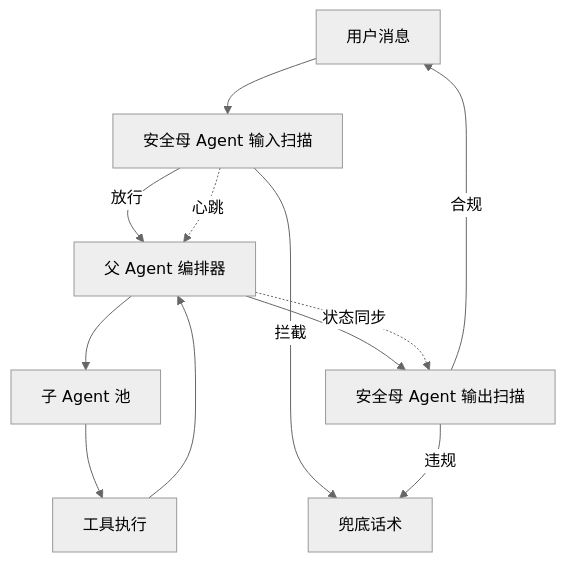
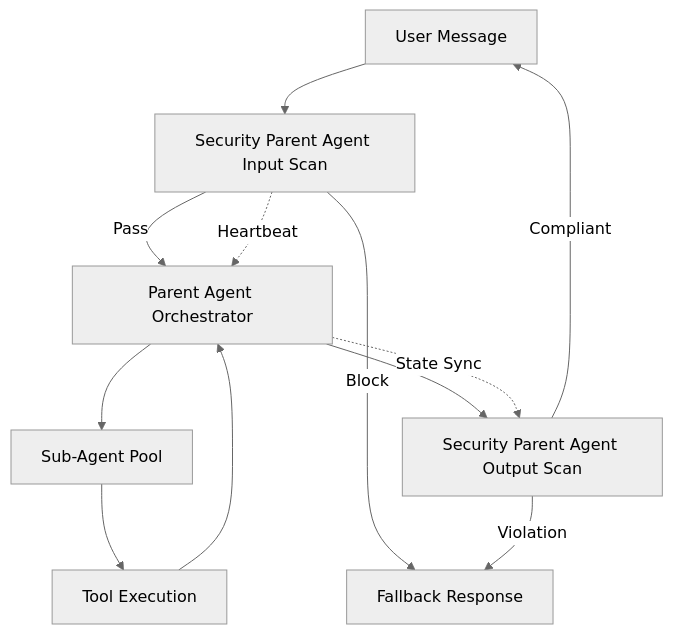
One commit to leobinjones-art/ColoBot changed the diagram in README.md. Above: the diagram before and after it, drawn with Mermaid (neutral theme). The commit also changed other lines of this file and 1 other file, not shown here.

````diff
--- a/README.md
+++ b/README.md
@@ -160,14 +160,14 @@
 ```mermaid
 graph TD
-    User[用户消息] --> SentinelIn[安全母 Agent 输入扫描]
-    SentinelIn -->|放行| Parent[父 Agent 编排器]
-    SentinelIn -->|拦截| Fallback[兜底话术]
-    Parent --> SubPool[子 Agent 池]
-    SubPool --> Tool[工具执行]
+    User[User Message] --> SentinelIn[Security Parent Agent Input Scan]
+    SentinelIn -->|Pass| Parent[Parent Agent Orchestrator]
+    SentinelIn -->|Block| Fallback[Fallback Response]
+    Parent --> SubPool[Sub-Agent Pool]
+    SubPool --> Tool[Tool Execution]
     Tool --> Parent
-    Parent --> SentinelOut[安全母 Agent 输出扫描]
-    SentinelOut -->|合规| User
-    SentinelOut -->|违规| Fallback
-    SentinelIn -.->|心跳| Parent
-    Parent -.->|状态同步| SentinelOut
+    Parent --> SentinelOut[Security Parent Agent Output Scan]
+    SentinelOut -->|Compliant| User
+    SentinelOut -->|Violation| Fallback
+    SentinelIn -.->|Heartbeat| Parent
+    Parent -.->|State Sync| SentinelOut
 ```
````
